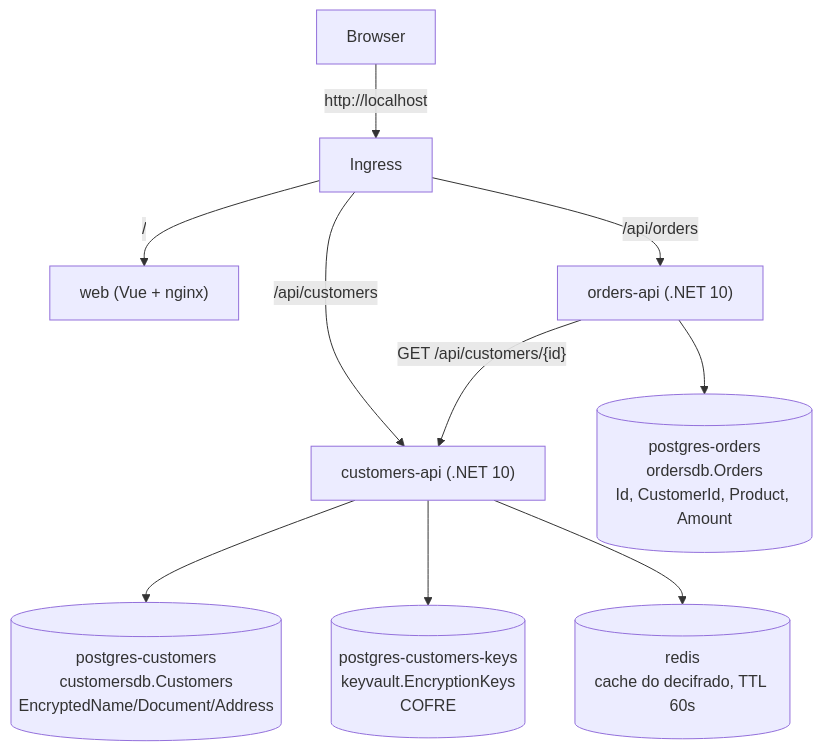
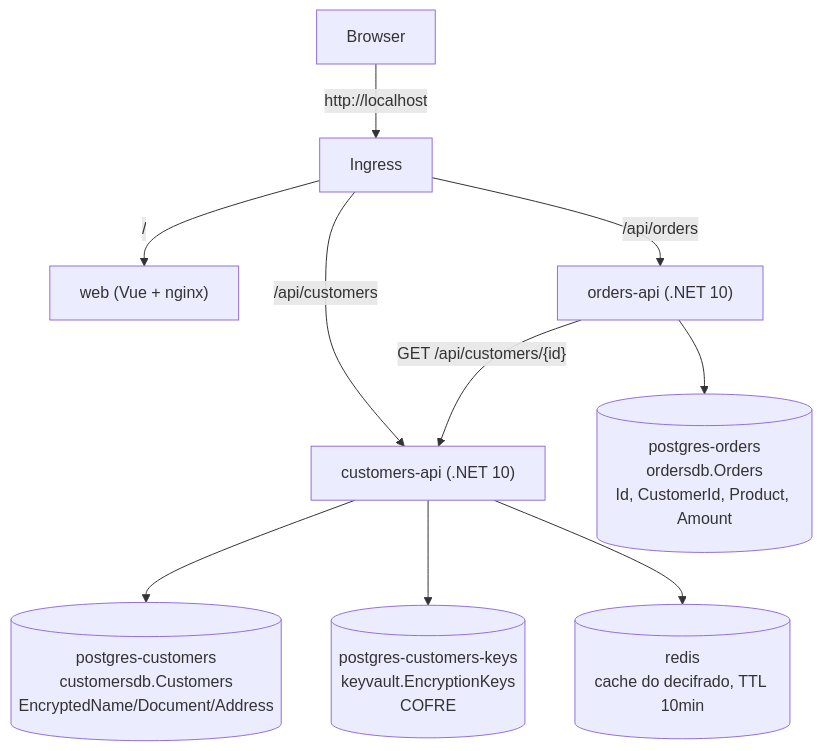
One commit to CristianoRC/crypto-shredding changed the diagram in Readme.md. Above: the diagram before and after it, drawn with Mermaid. The commit also changed other lines of this file and 1 other file, not shown here.

First line of the commit message:
Aumenta o TTL do cache de decifrado e confirma a invalidação no shred

````diff
--- a/Readme.md
+++ b/Readme.md
@@ -16,13 +16,13 @@
 ```mermaid
 flowchart TD
     Browser -->|http://localhost| Ingress
     Ingress -->|/| Web["web (Vue + nginx)"]
     Ingress -->|/api/customers| CustomersApi["customers-api (.NET 10)"]
     Ingress -->|/api/orders| OrdersApi["orders-api (.NET 10)"]
     OrdersApi -->|"GET /api/customers/{id}"| CustomersApi
 
     CustomersApi --> PgCustomers[("postgres-customers\ncustomersdb.Customers\nEncryptedName/Document/Address")]
     CustomersApi --> PgKeys[("postgres-customers-keys\nkeyvault.EncryptionKeys\nCOFRE")]
-    CustomersApi --> Redis[("redis\ncache do decifrado, TTL 60s")]
+    CustomersApi --> Redis[("redis\ncache do decifrado, TTL 10min")]
     OrdersApi --> PgOrders[("postgres-orders\nordersdb.Orders\nId, CustomerId, Product, Amount")]
 ```
````
